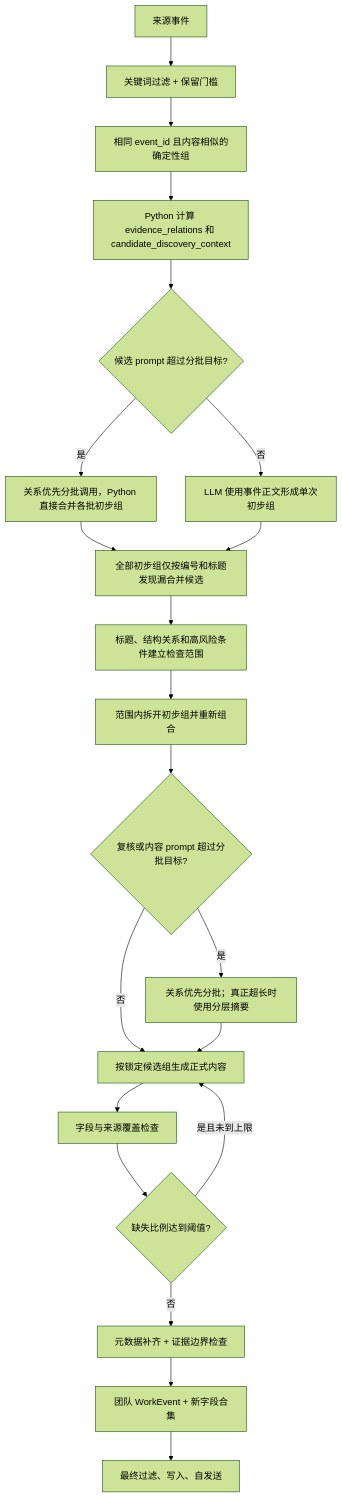
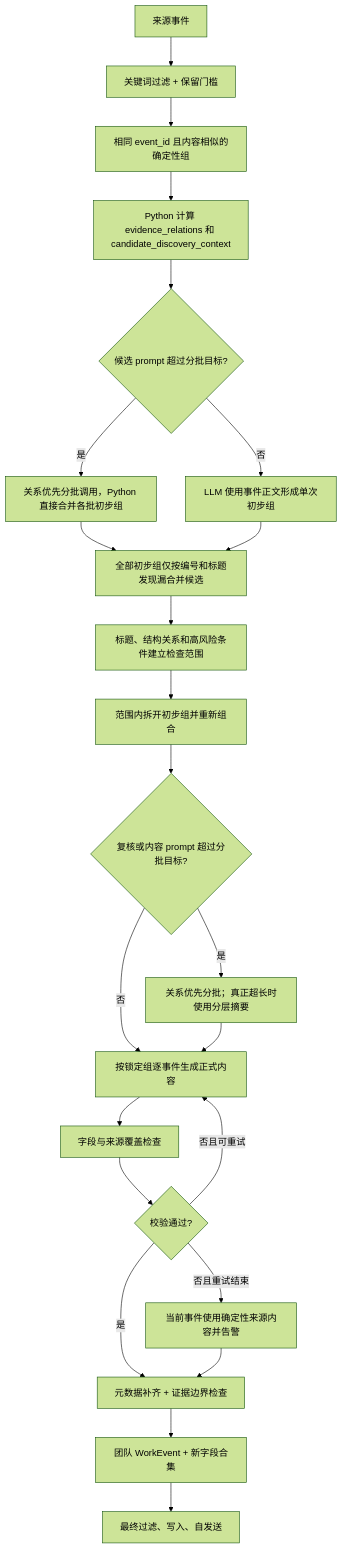
Before and after one commit to sunweisheng/WorkTrace: the fourth of 4 diagrams in docs/detailed-design.md, drawn with Mermaid (forest theme). The commit also changed other lines of this file and 27 other files, not shown here.

````diff
--- a/docs/detailed-design.md
+++ b/docs/detailed-design.md
@@ -365,23 +365,25 @@
 ```mermaid
 flowchart TD
     A["来源事件"] --> B["关键词过滤 + 保留门槛"]
     B --> C["相同 event_id 且内容相似的确定性组"]
     C --> D["Python 计算 evidence_relations 和 candidate_discovery_context"]
     D --> E0{"候选 prompt 超过分批目标?"}
     E0 -->|"是"| G["关系优先分批调用，Python 直接合并各批初步组"]
     E0 -->|"否"| E["LLM 使用事件正文形成单次初步组"]
     G --> D1["全部初步组仅按编号和标题发现漏合并候选"]
     E --> D1
     D1 --> R["标题、结构关系和高风险条件建立检查范围"]
     R --> V["范围内拆开初步组并重新组合"]
     V --> F{"复核或内容 prompt 超过分批目标?"}
     F -->|"是"| F1["关系优先分批；真正超长时使用分层摘要"]
-    F -->|"否"| H["按锁定候选组生成正式内容"]
+    F -->|"否"| H["按锁定组逐事件生成正式内容"]
     F1 --> H
     H --> I["字段与来源覆盖检查"]
-    I --> J{"缺失比例达到阈值?"}
-    J -->|"是且未到上限"| H
-    J -->|"否"| K["元数据补齐 + 证据边界检查"]
+    I --> J{"校验通过?"}
+    J -->|"否且可重试"| H
+    J -->|"否且重试结束"| J1["当前事件使用确定性来源内容并告警"]
+    J -->|"是"| K["元数据补齐 + 证据边界检查"]
+    J1 --> K
     K --> L["团队 WorkEvent + 新字段合集"]
     L --> M["最终过滤、写入、自发送"]
 ```
````
